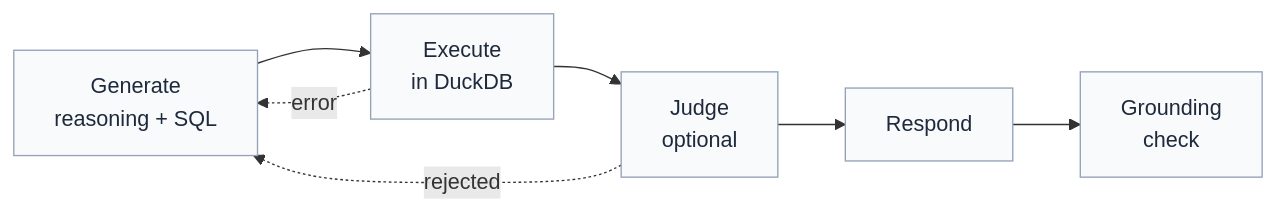
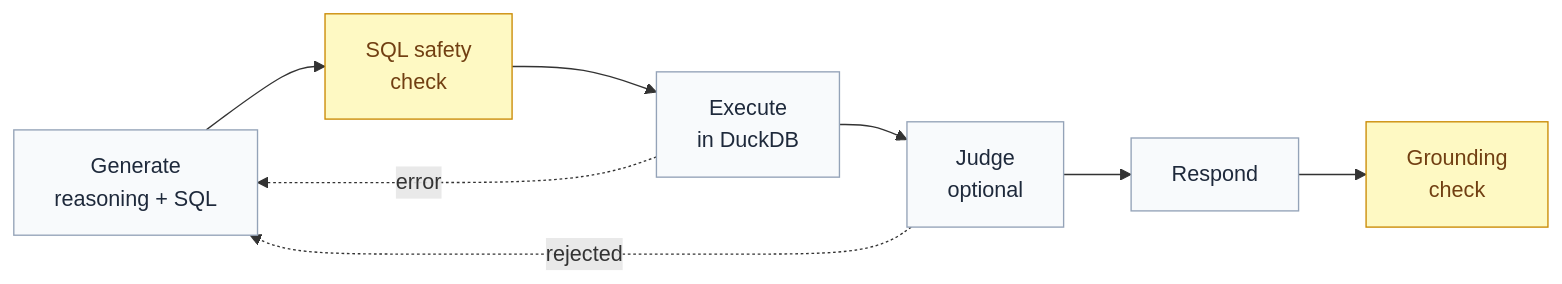
The second of 2 diagrams in README.md (itayrazum/ManageMyAsset-s-), drawn with Mermaid before and after one commit. The commit also changed other lines of this file, not shown here.

Commit message:
Expand README: SQL safety in diagram and DuckDB rationale

````diff
--- a/README.md
+++ b/README.md
@@ -121,12 +121,15 @@
 ```mermaid
 flowchart LR
-    G[Generate<br/>reasoning + SQL] --> E[Execute<br/>in DuckDB]
+    G[Generate<br/>reasoning + SQL] --> S[SQL safety<br/>check]
+    S --> E[Execute<br/>in DuckDB]
     E -. error .-> G
     E --> J[Judge<br/>optional]
     J -. rejected .-> G
     J --> P[Respond]
     P --> K[Grounding<br/>check]
 
     classDef step fill:#f8fafc,stroke:#94a3b8,color:#1e293b
-    class G,E,J,P,K step
+    classDef check fill:#fef9c3,stroke:#ca8a04,color:#713f12
+    class G,E,J,P step
+    class S,K check
 ```
````
